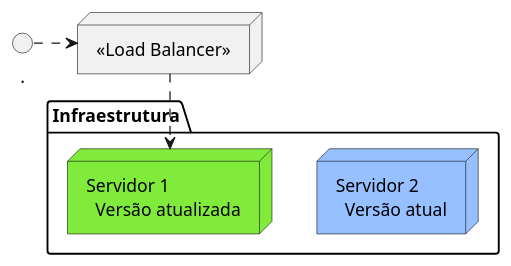
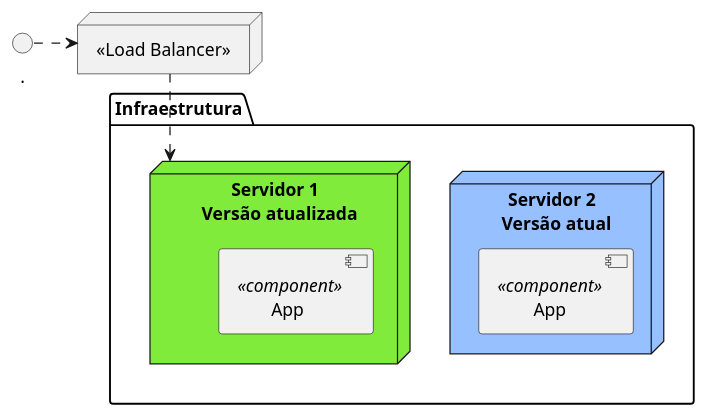
The diagram in media/_diagrams/plantuml/blue-green-after.puml (tomasflopes/pesti), drawn with PlantUML before and after one commit. The commit also changed 22 other files, not shown here.

```diff
--- a/media/_diagrams/plantuml/blue-green-after.puml
+++ b/media/_diagrams/plantuml/blue-green-after.puml
@@ -1,20 +1,24 @@
 @startuml blue-green-after
 
 top to bottom direction
 
 
 node "<<Load Balancer>>" as LB {
 }
 
 folder "Infraestrutura" as I {
   node "Servidor 2\n  Versão atual" as S2 #96C0FF {
+    component "App" <<component>> { 
+    }
   }
   node "Servidor 1\n  Versão atualizada" as S1 #81EB3B {
+    component "App " <<component>> { 
+    }
   }
 }
 
 ..> LB 
 
 LB ..> S1
 
 @enduml
```
